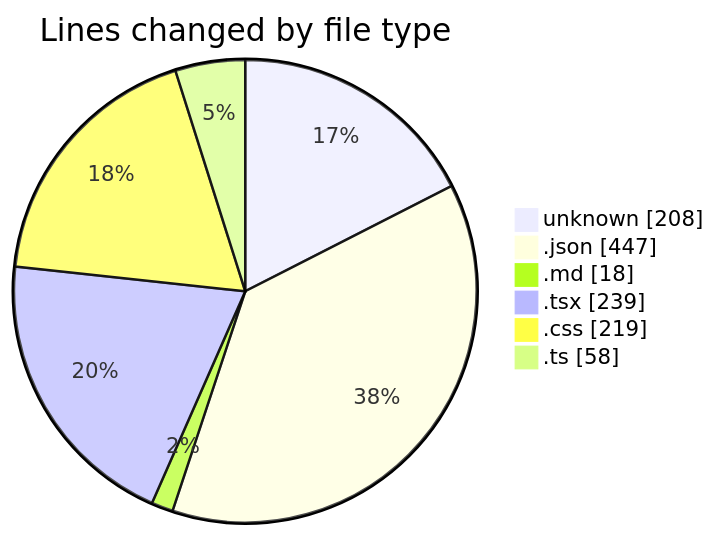
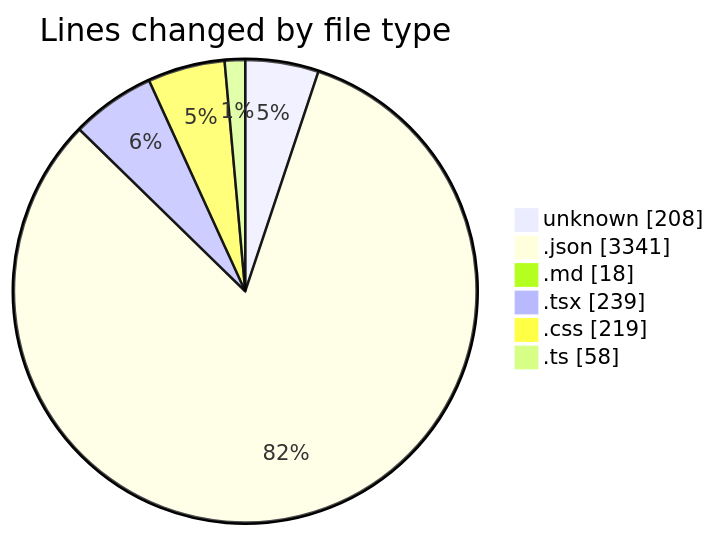
Before and after one commit to EIIisD/code-tracking: the first of 2 diagrams in 2025-08-07/ribbon/README.md, drawn with Mermaid. The commit also changed other lines of this file and 1 other file, not shown here.

````diff
--- a/2025-08-07/ribbon/README.md
+++ b/2025-08-07/ribbon/README.md
@@ -29,10 +30,10 @@
 ```mermaid
 pie showData
 title Lines changed by file type
 "unknown" : 208
-".json" : 447
+".json" : 3341
 ".md" : 18
 ".tsx" : 239
 ".css" : 219
 ".ts" : 58
 ```
````
